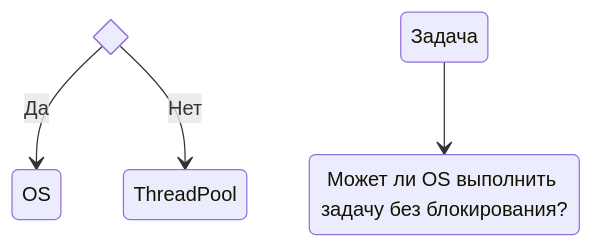
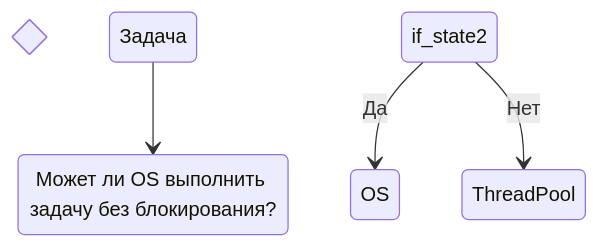
Before and after one commit to zohidulla/training-skills: the diagram in Udemy/Node.js/README.md, drawn with Mermaid.

Commit message:
Event Loop

````diff
--- a/Udemy/Node.js/README.md
+++ b/Udemy/Node.js/README.md
@@ -224,9 +224,9 @@
 ```mermaid
 stateDiagram-v2
   state if_state <<choice>>
   state1: Задача
   state2: Может ли OS выполнить задачу без блокирования?
   state1 --> state2
-  if_state --> OS: Да
-  if_state --> ThreadPool: Нет
+  if_state2 --> OS: Да
+  if_state2 --> ThreadPool: Нет
 ```
````
